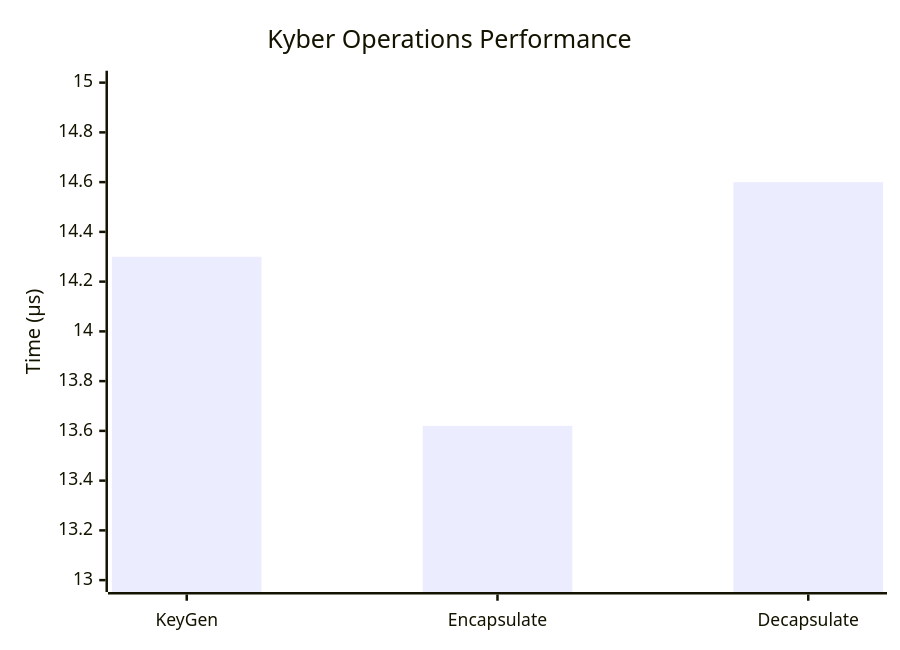
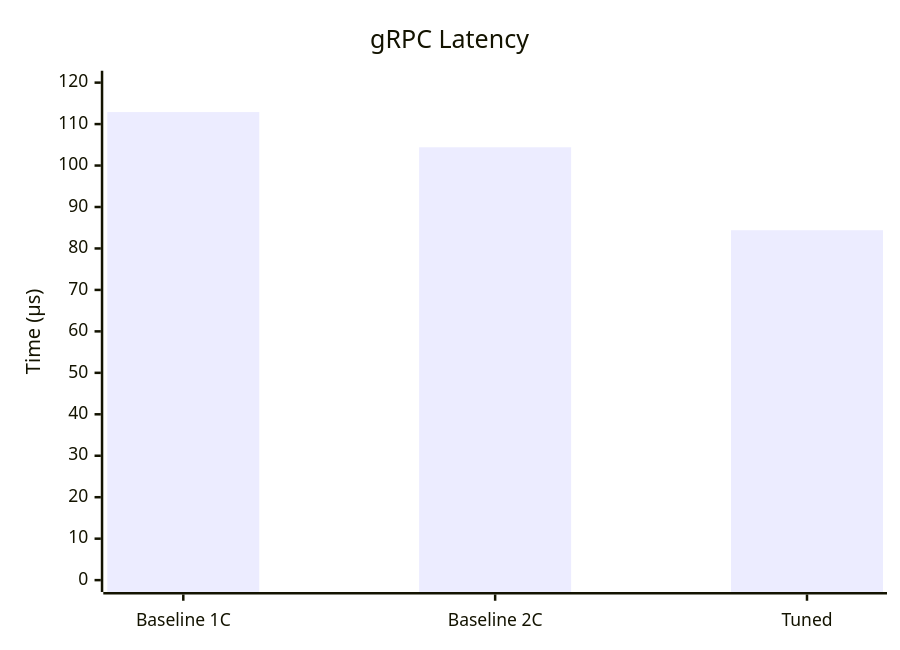
The sixth of 7 diagrams in docs/BENCHMARKS.MD (Rafned/Krait-Ecosystem), drawn with Mermaid before and after one commit. The commit also changed other lines of this file, not shown here.

````diff
--- a/docs/BENCHMARKS.MD
+++ b/docs/BENCHMARKS.MD
@@ -306,7 +230,7 @@
 ```mermaid
 xychart-beta
-    title "Kyber Operations Performance"
-    x-axis ["KeyGen", "Encapsulate", "Decapsulate"]
-    y-axis "Time (µs)" 13 --> 15
-    bar [14.30, 13.62, 14.60]
+    title "gRPC Latency"
+    x-axis ["Baseline 1C", "Baseline 2C", "Tuned"]
+    y-axis "Time (µs)" 0 --> 120
+    bar [112.9, 104.4, 84.4]
 ```
````
